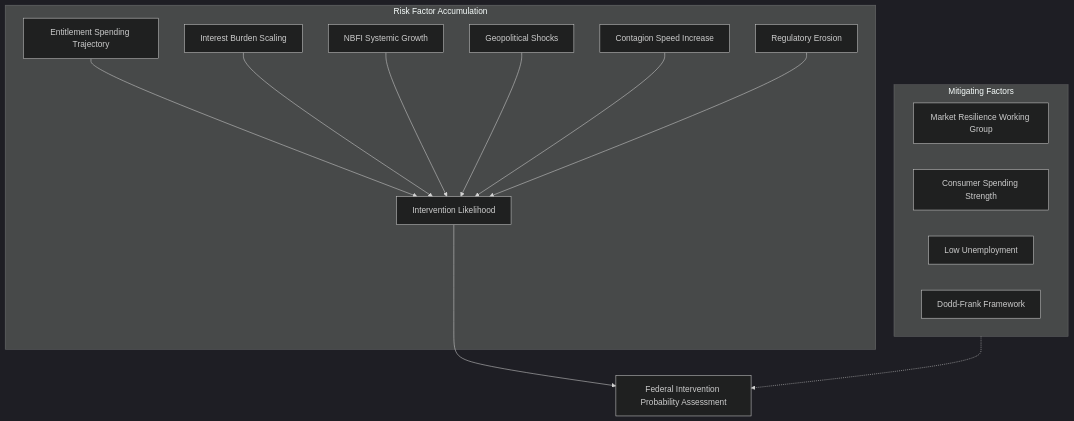
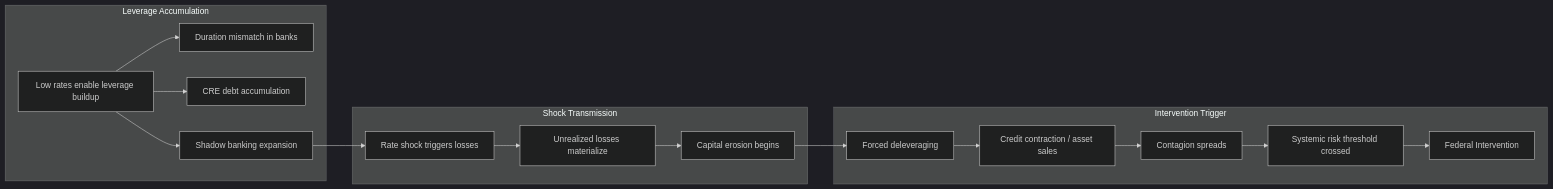
Before and after one commit to Saptarshie/DeepResearch: the fourth of 7 diagrams in workspace/report-content.md, drawn with Mermaid (dark theme). The commit also changed other lines of this file and 18 other files, not shown here.

Commit message:
fixing occational mermaid-breaking-dpwn problem

````diff
--- a/workspace/report-content.md
+++ b/workspace/report-content.md
@@ -17,21 +835,22 @@
 ```mermaid
-flowchart TD
-    subgraph RISK_FACTORS["Risk Factor Accumulation"]
-        A[Entitlement Spending Trajectory] --> D[Intervention Likelihood]
-        B[Interest Burden Scaling] --> D
-        C[NBFI Systemic Growth] --> D
-        E[Geopolitical Shocks] --> D
-        F[Contagion Speed Increase] --> D
-        G[Regulatory Erosion] --> D
+flowchart LR
+    subgraph Leverage Accumulation
+        A[Low rates enable leverage buildup] --> B[Duration mismatch in banks]
+        A --> C[CRE debt accumulation]
+        A --> D[Shadow banking expansion]
     end
     
-    subgraph MITIGATING["Mitigating Factors"]
-        H[Market Resilience Working Group]
-        I[Consumer Spending Strength]
-        J[Low Unemployment]
-        K[Dodd-Frank Framework]
+    subgraph Shock Transmission
+        D --> E[Rate shock triggers losses]
+        E --> F[Unrealized losses materialize]
+        F --> G[Capital erosion begins]
     end
     
-    D --> L[Federal Intervention Probability Assessment]
-    MITIGATING -.-> L
+    subgraph Intervention Trigger
+        G --> H[Forced deleveraging]
+        H --> I[Credit contraction / asset sales]
+        I --> J[Contagion spreads]
+        J --> K[Systemic risk threshold crossed]
+        K --> L[Federal Intervention]
+    end
 ```
````
